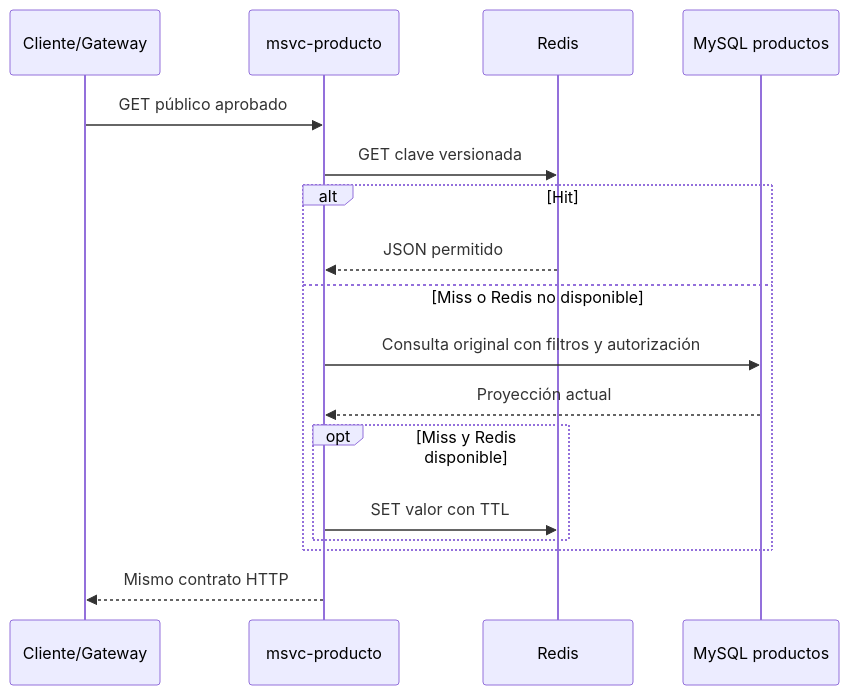
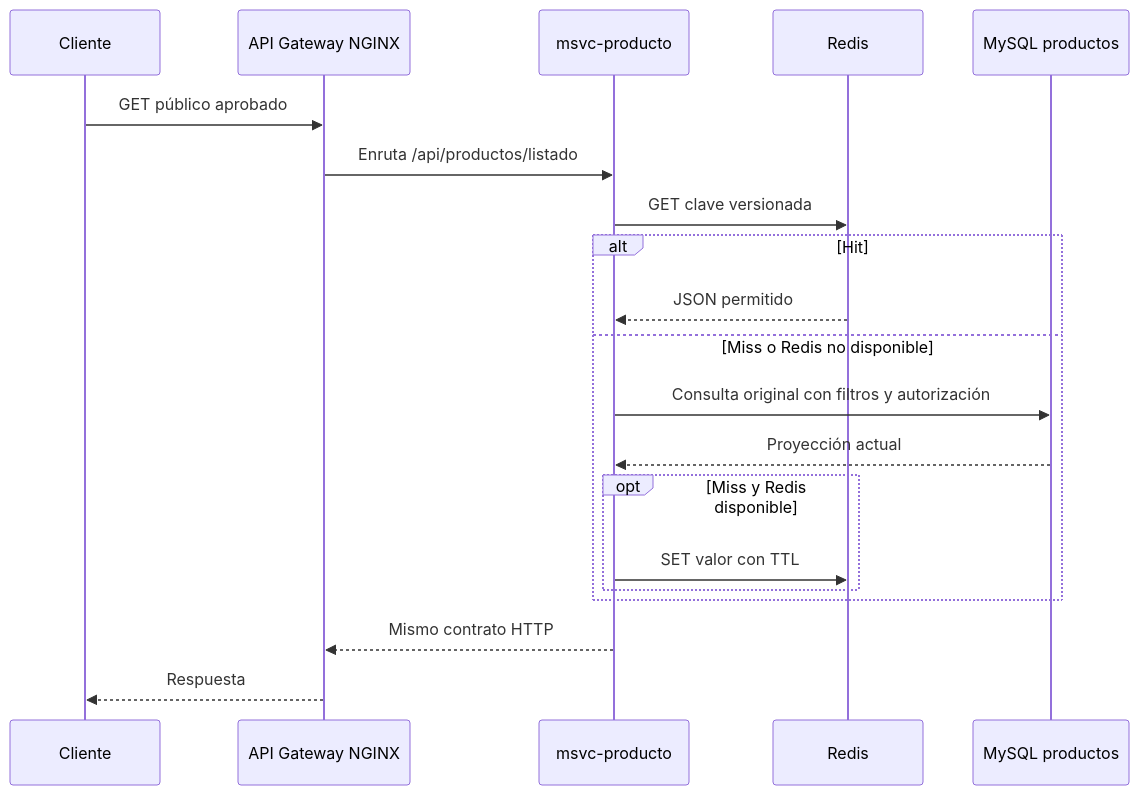
Before and after one commit to Vissjv12/TiendaVirtual-TrabajoTitulacion-equipo: the diagram in Documentos_Jordy/A16-MODELO-DE-CACHE.md, drawn with Mermaid. The commit also changed other lines of this file, not shown here.

First line of the commit message:
docs(redis): actualizar modelo A16 desde Gateway

````diff
--- a/Documentos_Jordy/A16-MODELO-DE-CACHE.md
+++ b/Documentos_Jordy/A16-MODELO-DE-CACHE.md
@@ -99,19 +103,22 @@
 ```mermaid
 sequenceDiagram
-    participant C as Cliente/Gateway
+    participant C as Cliente
+    participant G as API Gateway NGINX
     participant P as msvc-producto
     participant R as Redis
     participant M as MySQL productos
-    C->>P: GET público aprobado
+    C->>G: GET público aprobado
+    G->>P: Enruta /api/productos/listado
     P->>R: GET clave versionada
     alt Hit
         R-->>P: JSON permitido
     else Miss o Redis no disponible
         P->>M: Consulta original con filtros y autorización
         M-->>P: Proyección actual
         opt Miss y Redis disponible
             P->>R: SET valor con TTL
         end
     end
-    P-->>C: Mismo contrato HTTP
+    P-->>G: Mismo contrato HTTP
+    G-->>C: Respuesta
 ```
````
